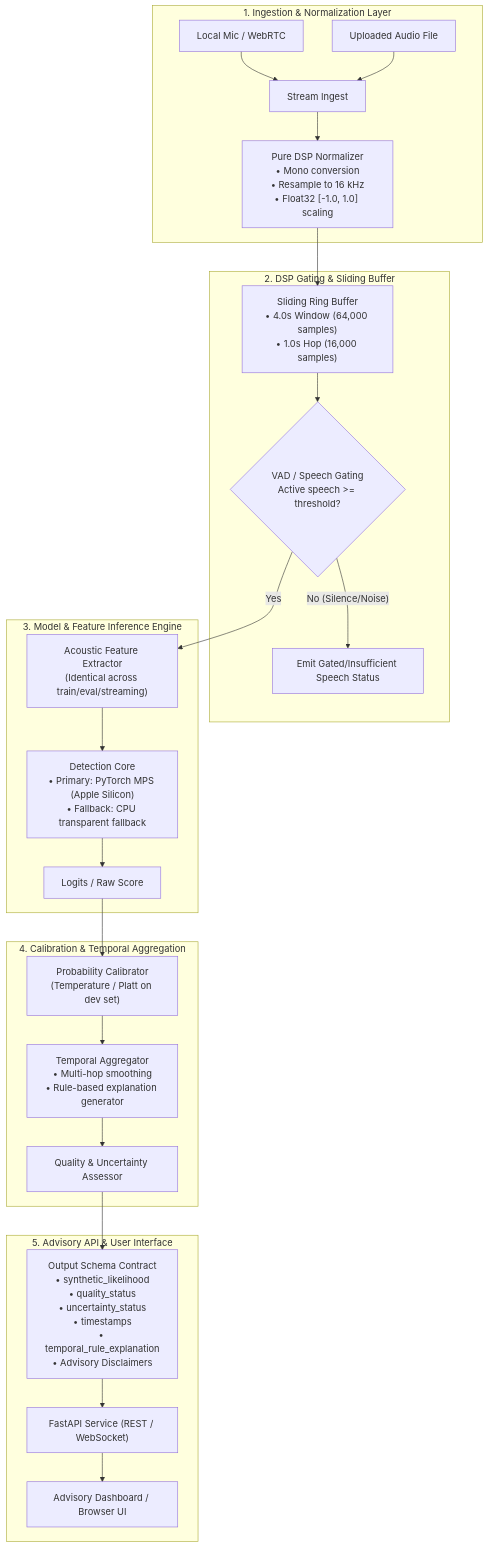
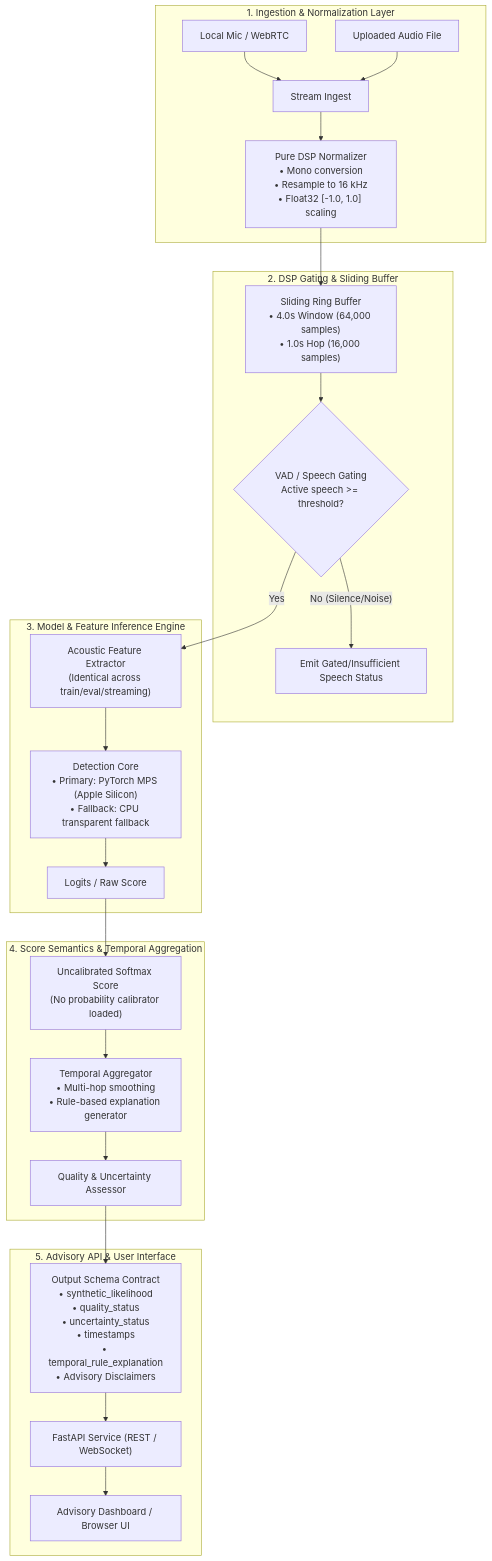
The diagram in docs/implementation_plan.md (ABHIGYA0205/voiceDetection), drawn with Mermaid before and after one commit. The commit also changed other lines of this file and 16 other files, not shown here.

````diff
--- a/docs/implementation_plan.md
+++ b/docs/implementation_plan.md
@@ -38,32 +43,32 @@
 ```mermaid
 flowchart TD
     subgraph AudioIngestion["1. Ingestion & Normalization Layer"]
         MIC[Local Mic / WebRTC] --> PCM_CONV[Stream Ingest]
         FILE[Uploaded Audio File] --> PCM_CONV
         PCM_CONV --> DSP_NORM["Pure DSP Normalizer<br/>• Mono conversion<br/>• Resample to 16 kHz<br/>• Float32 [-1.0, 1.0] scaling"]
     end
 
     subgraph StreamingEngine["2. DSP Gating & Sliding Buffer"]
         DSP_NORM --> RING_BUF["Sliding Ring Buffer<br/>• 4.0s Window (64,000 samples)<br/>• 1.0s Hop (16,000 samples)"]
         RING_BUF --> VAD_GATE{"VAD / Speech Gating<br/>Active speech >= threshold?"}
         VAD_GATE -- "No (Silence/Noise)" --> SKIP["Emit Gated/Insufficient Speech Status"]
     end
 
     subgraph ModelInference["3. Model & Feature Inference Engine"]
         VAD_GATE -- "Yes" --> FEATURE_EXTRACT["Acoustic Feature Extractor<br/>(Identical across train/eval/streaming)"]
         FEATURE_EXTRACT --> DETECTOR["Detection Core<br/>• Primary: PyTorch MPS (Apple Silicon)<br/>• Fallback: CPU transparent fallback"]
         DETECTOR --> RAW_SCORE["Logits / Raw Score"]
     end
 
-    subgraph TemporalLogic["4. Calibration & Temporal Aggregation"]
-        RAW_SCORE --> CALIBRATOR["Probability Calibrator<br/>(Temperature / Platt on dev set)"]
-        CALIBRATOR --> TEMP_AGG["Temporal Aggregator<br/>• Multi-hop smoothing<br/>• Rule-based explanation generator"]
+    subgraph TemporalLogic["4. Score Semantics & Temporal Aggregation"]
+        RAW_SCORE --> SCORE_MAP["Uncalibrated Softmax Score<br/>(No probability calibrator loaded)"]
+        SCORE_MAP --> TEMP_AGG["Temporal Aggregator<br/>• Multi-hop smoothing<br/>• Rule-based explanation generator"]
         TEMP_AGG --> QUALITY_CHECK["Quality & Uncertainty Assessor"]
     end
 
     subgraph OutputLayer["5. Advisory API & User Interface"]
         QUALITY_CHECK --> OUT_SCHEMA["Output Schema Contract<br/>• synthetic_likelihood<br/>• quality_status<br/>• uncertainty_status<br/>• timestamps<br/>• temporal_rule_explanation<br/>• Advisory Disclaimers"]
         OUT_SCHEMA --> REST_WS["FastAPI Service (REST / WebSocket)"]
         REST_WS --> BROWSER_UI["Advisory Dashboard / Browser UI"]
     end
 ```
````
